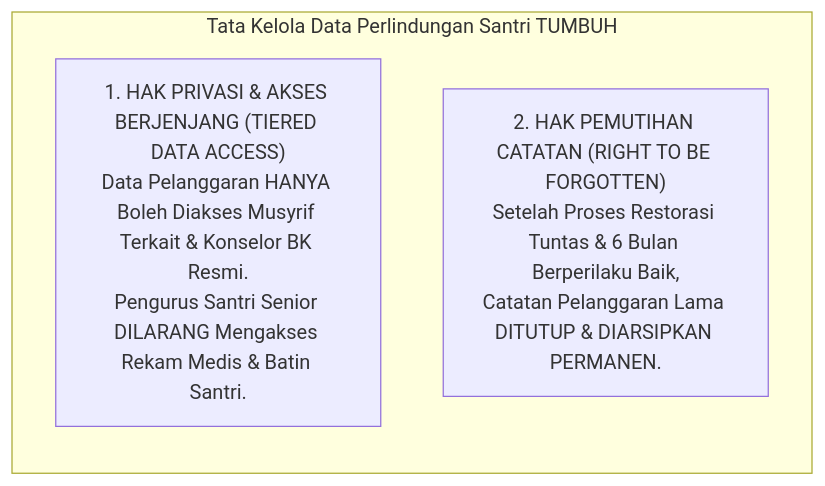
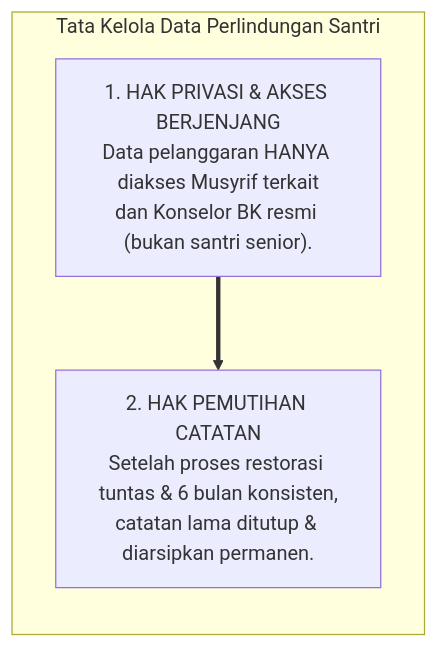
One commit to wandiapriliyandi/tumbuh changed the fourth of 4 diagrams in BOOK Series 1/01-The-Fundamental-of-TUMBUH/Bab-09-Tata-Kelola-Epistemik-dan-Etika-Pengambilan-Keputusan.md. Above: the diagram before and after it, drawn with Mermaid. The commit also changed other lines of this file and 35 other files, not shown here.

Commit message:
fix(book-01): optimasi keterbacaan diagram mermaid pada seluruh bab dan perbarui 20 file PDF

````diff
--- a/BOOK Series 1/01-The-Fundamental-of-TUMBUH/Bab-09-Tata-Kelola-Epistemik-dan-Etika-Pengambilan-Keputusan.md
+++ b/BOOK Series 1/01-The-Fundamental-of-TUMBUH/Bab-09-Tata-Kelola-Epistemik-dan-Etika-Pengambilan-Keputusan.md
@@ -176,8 +180,9 @@
 ```mermaid
 graph TD
-    subgraph DUA_PILAR_DATA_TUMBUH["Tata Kelola Data Perlindungan Santri TUMBUH"]
+    subgraph DUA_PILAR_DATA_TUMBUH["Tata Kelola Data Perlindungan Santri"]
         direction TB
-        P1["1. HAK PRIVASI & AKSES BERJENJANG (TIERED DATA ACCESS)<br/>Data Pelanggaran HANYA Boleh Diakses Musyrif Terkait & Konselor BK Resmi.<br/>Pengurus Santri Senior DILARANG Mengakses Rekam Medis & Batin Santri."]
-        P2["2. HAK PEMUTIHAN CATATAN (RIGHT TO BE FORGOTTEN)<br/>Setelah Proses Restorasi Tuntas & 6 Bulan Berperilaku Baik,<br/>Catatan Pelanggaran Lama DITUTUP & DIARSIPKAN PERMANEN."]
+        P1["1. HAK PRIVASI & AKSES BERJENJANG<br/>Data pelanggaran HANYA diakses Musyrif terkait<br/>dan Konselor BK resmi (bukan santri senior)."]
+        P2["2. HAK PEMUTIHAN CATATAN<br/>Setelah proses restorasi tuntas & 6 bulan konsisten,<br/>catatan lama ditutup & diarsipkan permanen."]
+        P1 ==> P2
     end
 ```
````
